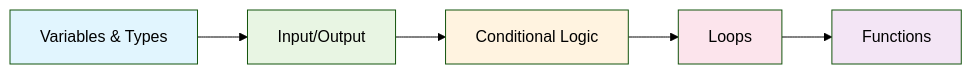
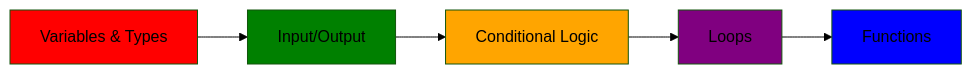
Before and after one commit to imstillashish/Python_for_DSA: the diagram in README.md, drawn with Mermaid (forest theme).

Commit message:
mermaid fixed

````diff
--- a/README.md
+++ b/README.md
@@ -41,13 +41,13 @@
 ```mermaid
 graph LR
     A[Variables & Types] --> B[Input/Output]
     B --> C[Conditional Logic]
     C --> D[Loops]
     D --> E[Functions]
     
-    style A fill:#e1f5fe
-    style B fill:#e8f5e3
-    style C fill:#fff3e0
-    style D fill:#fce4ec
-    style E fill:#f3e5f5
+    style A fill:red
+    style B fill:green
+    style C fill:orange
+    style D fill:purple
+    style E fill:blue
 ```
````
